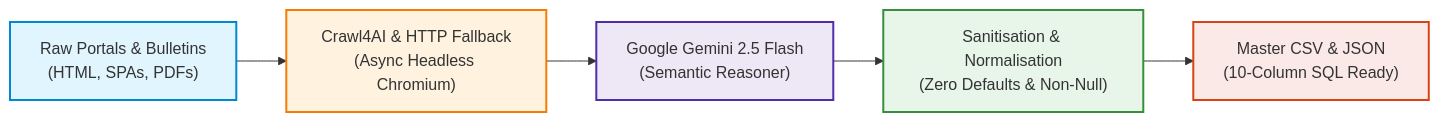
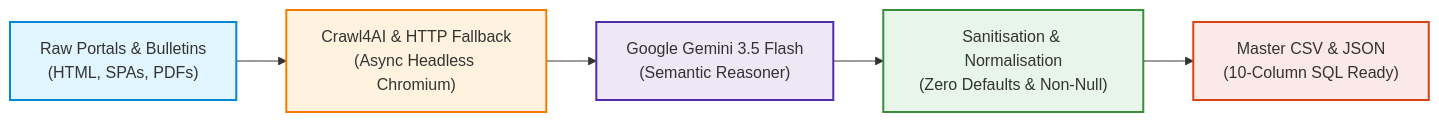
The first of 4 diagrams in README.md (CHIRAG3899/universal-product-lifecycle-scraper), drawn with Mermaid before and after one commit. The commit also changed other lines of this file and 2 other files, not shown here.

Commit message:
docs: fix README mermaid diagrams, broken links, model references, and CLI defaults

````diff
--- a/README.md
+++ b/README.md
@@ -46,13 +46,13 @@
 ```mermaid
 graph LR
     A["Raw Portals & Bulletins<br/>(HTML, SPAs, PDFs)"] --> B["Crawl4AI & HTTP Fallback<br/>(Async Headless Chromium)"]
-    B --> C["Google Gemini 2.5 Flash<br/>(Semantic Reasoner)"]
+    B --> C["Google Gemini 3.5 Flash<br/>(Semantic Reasoner)"]
+    D --> E["Master CSV & JSON<br/>(10-Column SQL Ready)"]
     C --> D["Sanitisation & Normalisation<br/>(Zero Defaults & Non-Null)"]
-    D --> E["Master CSV & JSON<br/>(10-Column SQL Ready)"]
 
     style A fill:#e1f5fe,stroke:#0288d1,stroke-width:2px;
     style B fill:#fff3e0,stroke:#f57c00,stroke-width:2px;
     style C fill:#ede7f6,stroke:#512da8,stroke-width:2px;
     style D fill:#e8f5e9,stroke:#388e3c,stroke-width:2px;
     style E fill:#fbe9e7,stroke:#d84315,stroke-width:2px;
 ```
````
